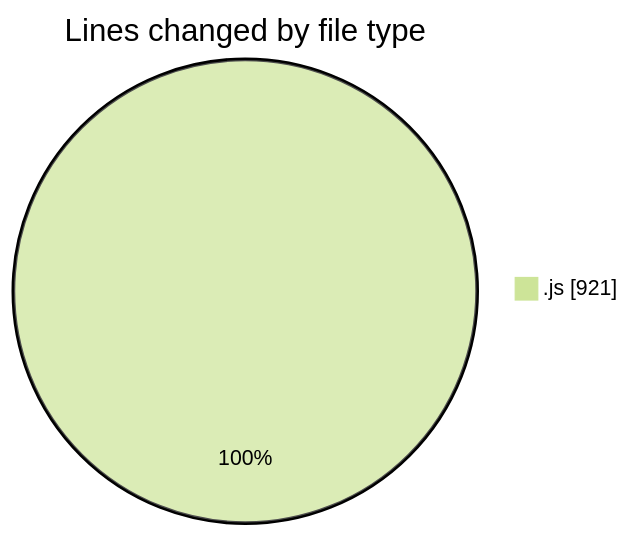
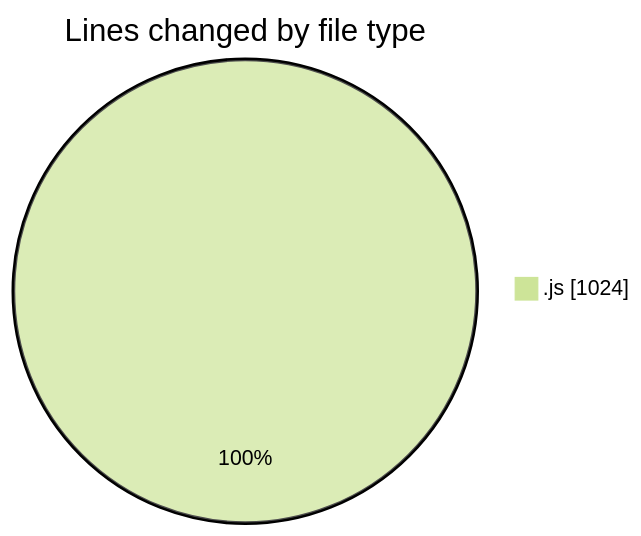
Before and after one commit to Ritupan-Deka/code-tracking: the first of 2 diagrams in 2025-07-26/javascript/README.md, drawn with Mermaid (forest theme). The commit also changed other lines of this file and 1 other file, not shown here.

````diff
--- a/2025-07-26/javascript/README.md
+++ b/2025-07-26/javascript/README.md
@@ -21,5 +21,5 @@
 ```mermaid
 pie showData
 title Lines changed by file type
-".js" : 921
+".js" : 1024
 ```
````
